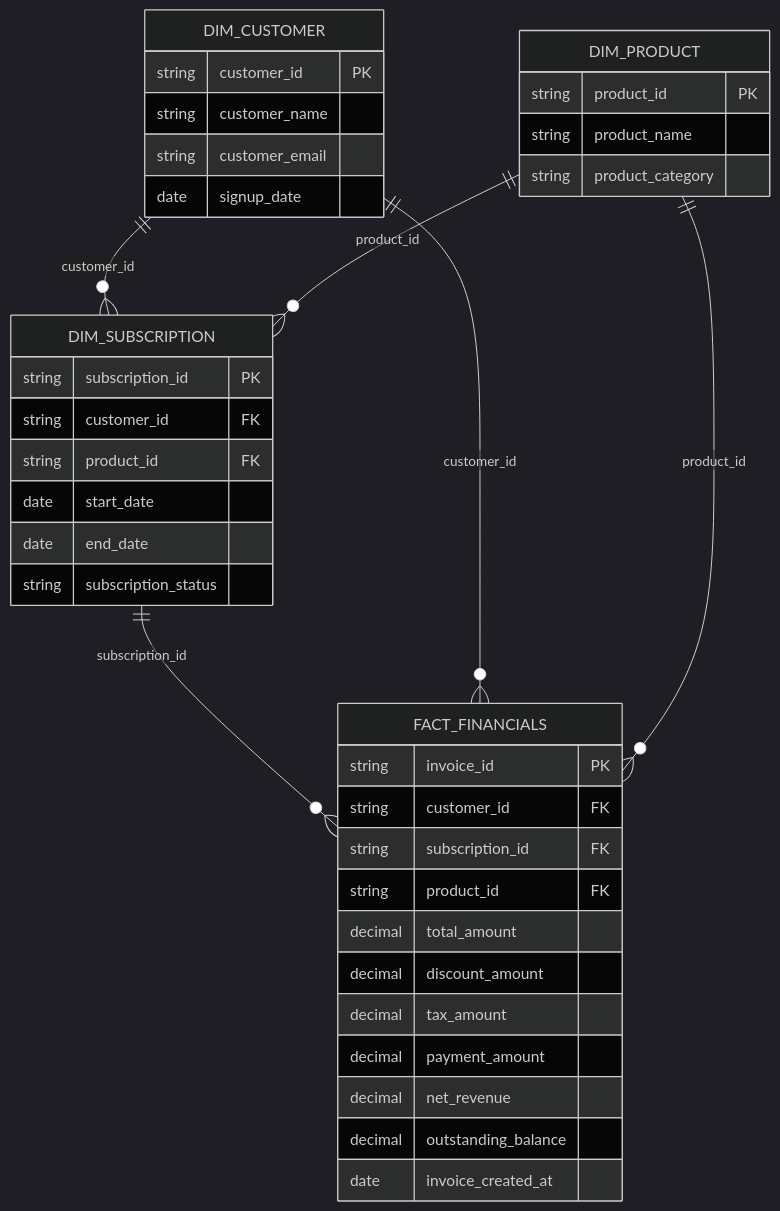
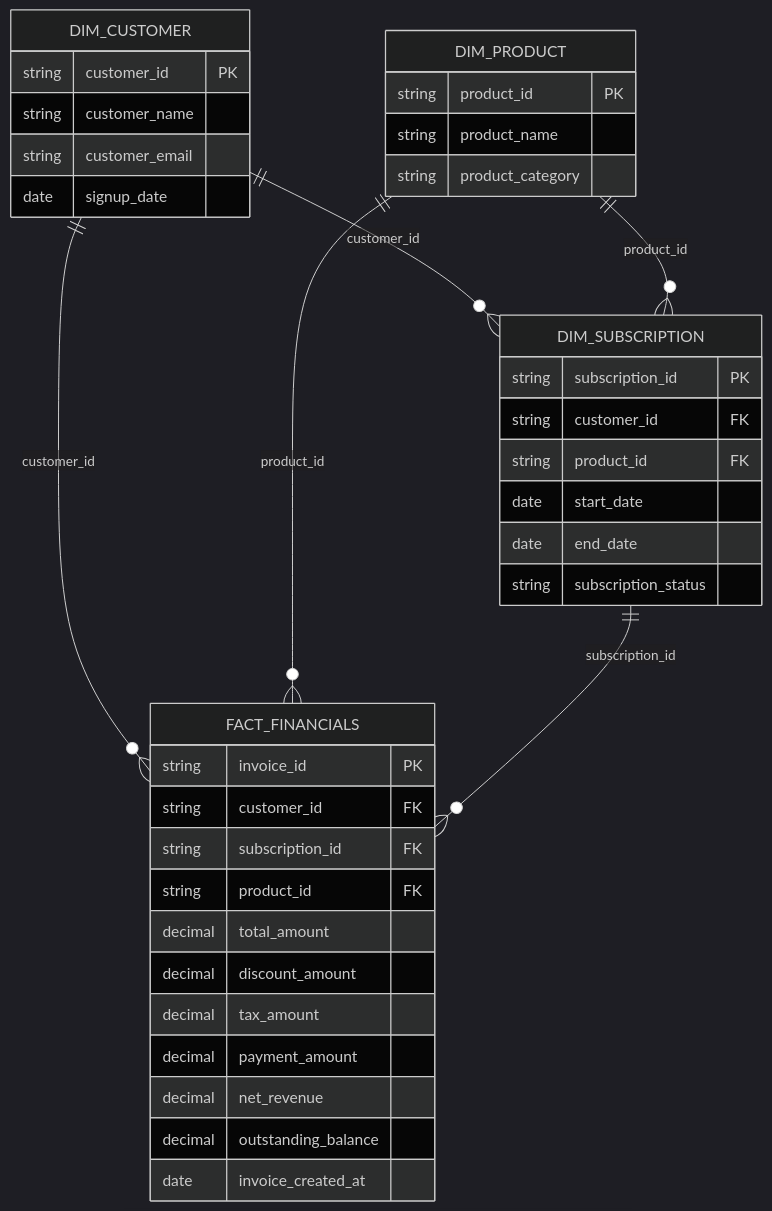
The diagram in readme.md (victoredo/Personio), drawn with Mermaid (dark theme) before and after one commit.

````diff
--- a/readme.md
+++ b/readme.md
@@ -3,50 +3,54 @@
 ```mermaid
 
 erDiagram
 
     %% Entities
+
+    DIM_SUBSCRIPTION {
+        string subscription_id PK
+        string customer_id FK
+        string product_id FK
+        date start_date
+        date end_date
+        string subscription_status
+    }
 
     DIM_CUSTOMER {
         string customer_id PK
         string customer_name
         string customer_email
         date signup_date
     }
 
     DIM_PRODUCT {
         string product_id PK
         string product_name
         string product_category
     }
 
-    DIM_SUBSCRIPTION {
-        string subscription_id PK
-        string customer_id FK
-        string product_id FK
-        date start_date
-        date end_date
-        string subscription_status
-    }
 
     FACT_FINANCIALS {
         string invoice_id PK
         string customer_id FK
         string subscription_id FK
         string product_id FK
         decimal total_amount
         decimal discount_amount
         decimal tax_amount
         decimal payment_amount
         decimal net_revenue
         decimal outstanding_balance
         date invoice_created_at
     }
 
     %% Relationships
+    
+    
+    DIM_CUSTOMER ||--o{ FACT_FINANCIALS : customer_id
+    DIM_PRODUCT ||--o{ FACT_FINANCIALS : product_id
+    DIM_SUBSCRIPTION ||--o{ FACT_FINANCIALS : subscription_id
     DIM_CUSTOMER ||--o{ DIM_SUBSCRIPTION : customer_id
     DIM_PRODUCT ||--o{ DIM_SUBSCRIPTION : product_id
-    DIM_SUBSCRIPTION ||--o{ FACT_FINANCIALS : subscription_id
-    DIM_CUSTOMER ||--o{ FACT_FINANCIALS : customer_id
-    DIM_PRODUCT ||--o{ FACT_FINANCIALS : product_id
+   
 
 ```
````
